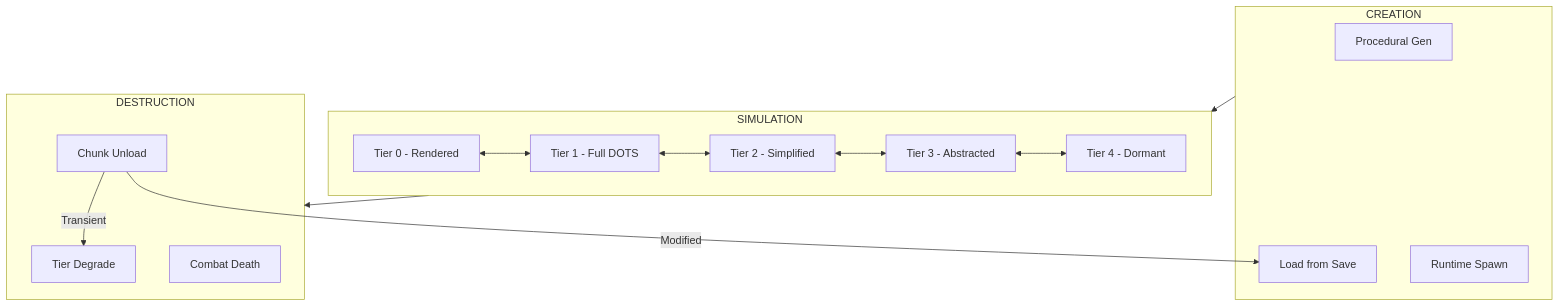
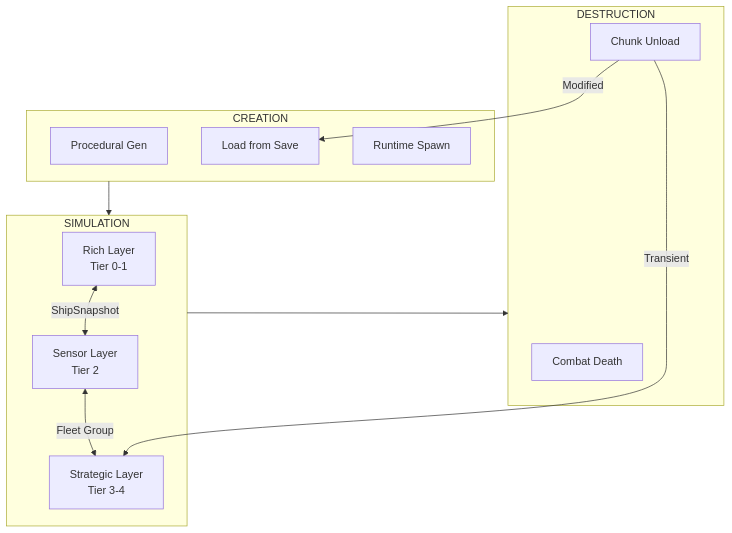
Before and after one commit to zephkelly/starfire: the fifth of 5 diagrams in .obsidian/architecture/00-overview.md, drawn with Mermaid. The commit also changed other lines of this file and 27 other files, not shown here.

Commit message:
feat: update architecture docs to include modding system

````diff
--- a/.obsidian/architecture/00-overview.md
+++ b/.obsidian/architecture/00-overview.md
@@ -565,33 +301,28 @@
 ```mermaid
 flowchart TB
     subgraph Create["CREATION"]
         PROC[Procedural Gen]
         SAVE[Load from Save]
         SPAWN[Runtime Spawn]
     end
 
     subgraph Live["SIMULATION"]
-        T0[Tier 0 - Rendered]
-        T1[Tier 1 - Full DOTS]
-        T2[Tier 2 - Simplified]
-        T3[Tier 3 - Abstracted]
-        T4[Tier 4 - Dormant]
+        RICH[Rich Layer\nTier 0-1]
+        SENSOR[Sensor Layer\nTier 2]
+        STRAT[Strategic Layer\nTier 3-4]
     end
 
     subgraph End["DESTRUCTION"]
-        DESTROY[Combat Death]
+        COMBAT[Combat Death]
         UNLOAD[Chunk Unload]
-        DEGRADE[Tier Degrade]
     end
 
     Create --> Live
     Live --> End
 
-    T0 <--> T1
-    T1 <--> T2
-    T2 <--> T3
-    T3 <--> T4
+    RICH <-->|ShipSnapshot| SENSOR
+    SENSOR <-->|Fleet Group| STRAT
 
-    UNLOAD -->|Transient| DEGRADE
+    UNLOAD -->|Transient| STRAT
     UNLOAD -->|Modified| SAVE
 ```
````
